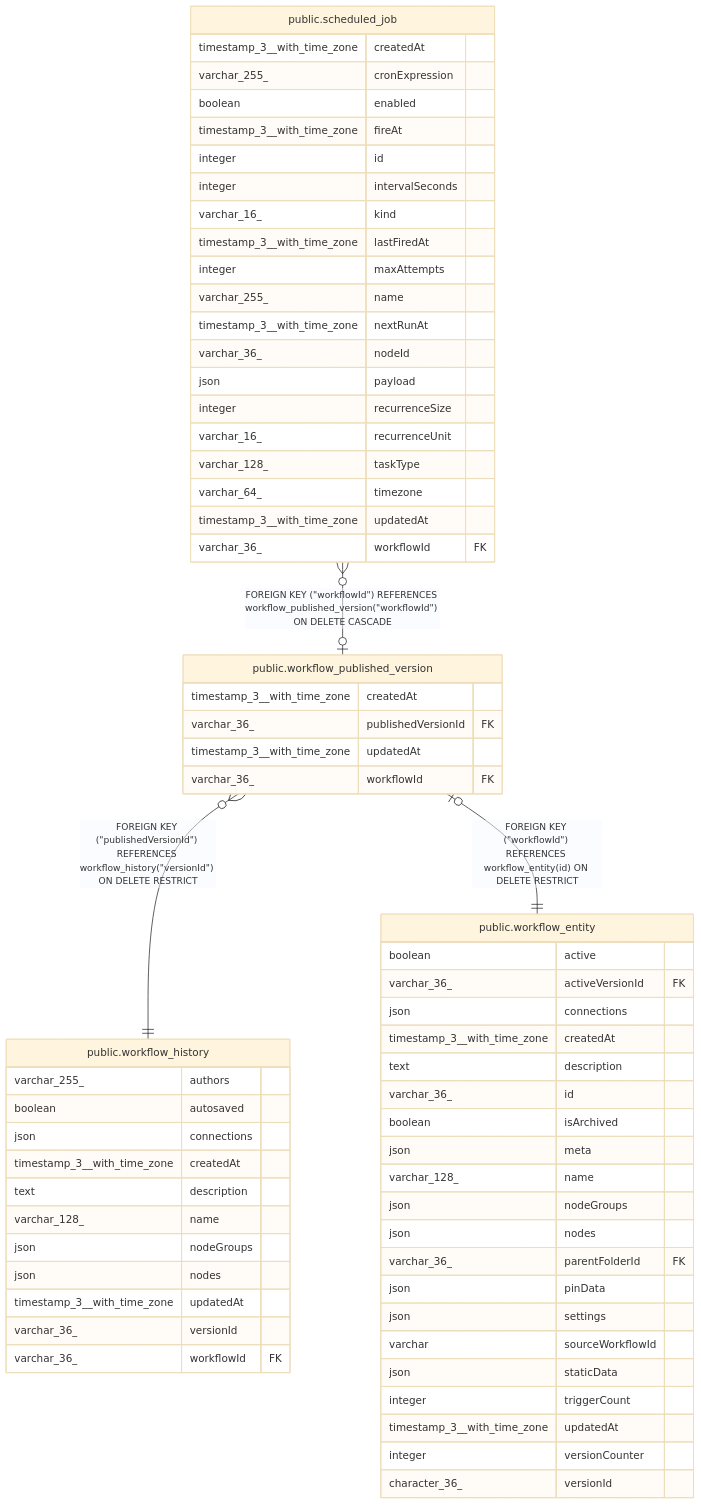
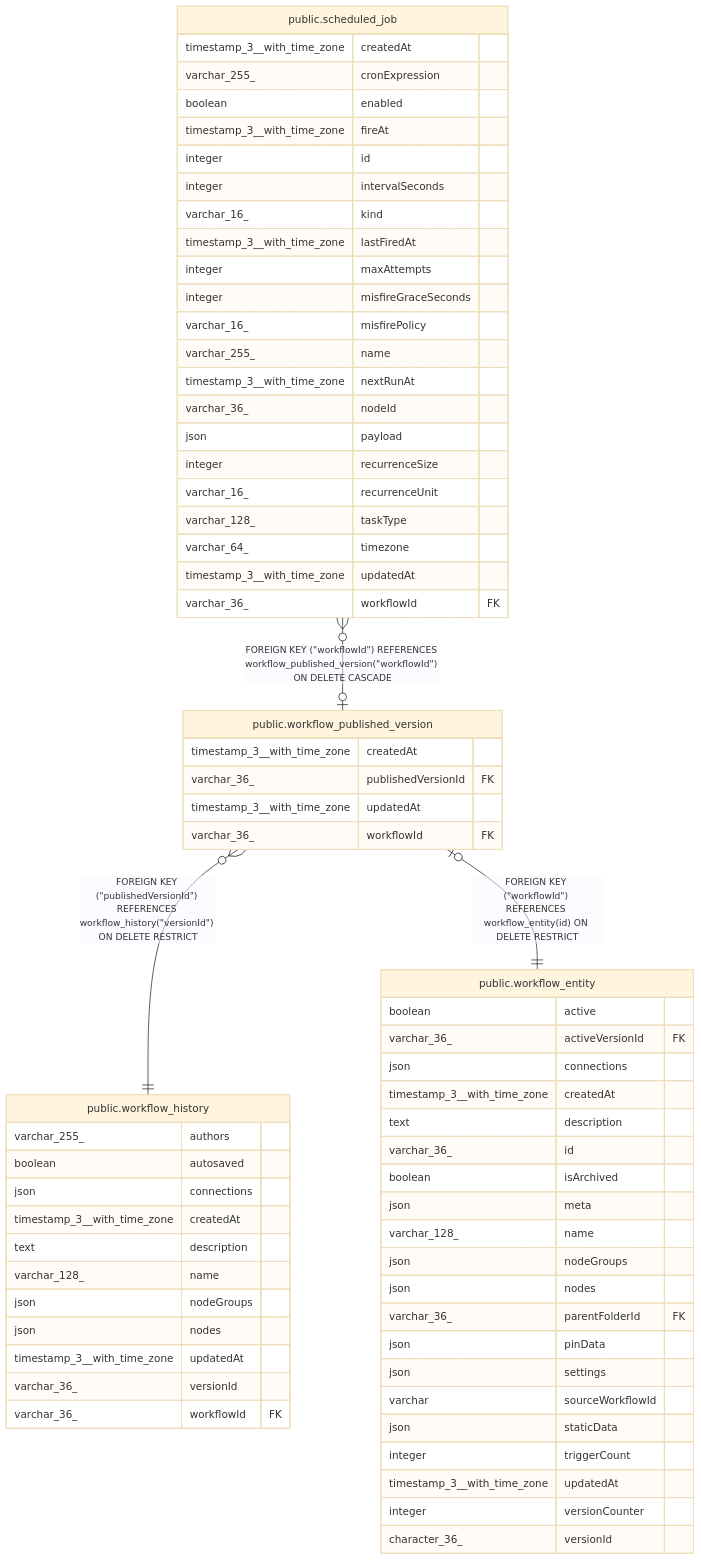
The diagram in docs/generated/postgres-schema/public.workflow_published_version.md (mayankjain1815-commits/n8n), drawn with Mermaid (base theme) before and after one commit. The commit also changed 62 other files, not shown here.

Commit message:
feat(core): Add a misfire policy to the durable scheduler (#35075)

````diff
--- a/docs/generated/postgres-schema/public.workflow_published_version.md
+++ b/docs/generated/postgres-schema/public.workflow_published_version.md
@@ -32,70 +32,72 @@
 ```mermaid
 erDiagram
 
 "public.workflow_published_version" }o--|| "public.workflow_history" : "FOREIGN KEY (#quot;publishedVersionId#quot;) REFERENCES workflow_history(#quot;versionId#quot;) ON DELETE RESTRICT"
 "public.workflow_published_version" |o--|| "public.workflow_entity" : "FOREIGN KEY (#quot;workflowId#quot;) REFERENCES workflow_entity(id) ON DELETE RESTRICT"
 "public.scheduled_job" }o--o| "public.workflow_published_version" : "FOREIGN KEY (#quot;workflowId#quot;) REFERENCES workflow_published_version(#quot;workflowId#quot;) ON DELETE CASCADE"
 
 "public.workflow_published_version" {
   timestamp_3__with_time_zone createdAt
   varchar_36_ publishedVersionId FK
   timestamp_3__with_time_zone updatedAt
   varchar_36_ workflowId FK
 }
 "public.workflow_history" {
   varchar_255_ authors
   boolean autosaved
   json connections
   timestamp_3__with_time_zone createdAt
   text description
   varchar_128_ name
   json nodeGroups
   json nodes
   timestamp_3__with_time_zone updatedAt
   varchar_36_ versionId
   varchar_36_ workflowId FK
 }
 "public.workflow_entity" {
   boolean active
   varchar_36_ activeVersionId FK
   json connections
   timestamp_3__with_time_zone createdAt
   text description
   varchar_36_ id
   boolean isArchived
   json meta
   varchar_128_ name
   json nodeGroups
   json nodes
   varchar_36_ parentFolderId FK
   json pinData
   json settings
   varchar sourceWorkflowId
   json staticData
   integer triggerCount
   timestamp_3__with_time_zone updatedAt
   integer versionCounter
   character_36_ versionId
 }
 "public.scheduled_job" {
   timestamp_3__with_time_zone createdAt
   varchar_255_ cronExpression
   boolean enabled
   timestamp_3__with_time_zone fireAt
   integer id
   integer intervalSeconds
   varchar_16_ kind
   timestamp_3__with_time_zone lastFiredAt
   integer maxAttempts
+  integer misfireGraceSeconds
+  varchar_16_ misfirePolicy
   varchar_255_ name
   timestamp_3__with_time_zone nextRunAt
   varchar_36_ nodeId
   json payload
   integer recurrenceSize
   varchar_16_ recurrenceUnit
   varchar_128_ taskType
   varchar_64_ timezone
   timestamp_3__with_time_zone updatedAt
   varchar_36_ workflowId FK
 }
 ```
````
